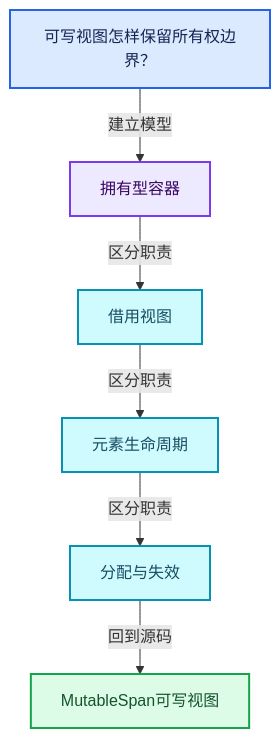
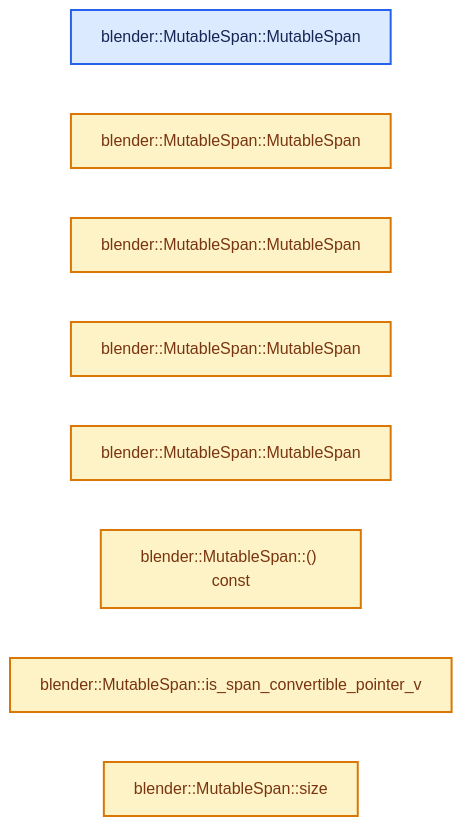
Before and after one commit to yunkezengren/blender-.vscode: the second of 4 diagrams in 杂/markdown/全面学习-codex/01-基础容器与现代CPP/06-MutableSpan可写视图.md, drawn with Mermaid. The commit also changed other lines of this file and 1930 other files, not shown here.

````diff
--- a/杂/markdown/全面学习-codex/01-基础容器与现代CPP/06-MutableSpan可写视图.md
+++ b/杂/markdown/全面学习-codex/01-基础容器与现代CPP/06-MutableSpan可写视图.md
@@ -60,20 +46,17 @@
 ```mermaid
-flowchart TB
-  Q["可写视图怎样保留所有权边界？"]:::input
-  C0["拥有型容器"]:::abstraction
-  C1["借用视图"]:::data
-  C2["元素生命周期"]:::data
-  C3["分配与失效"]:::data
-  R["MutableSpan可写视图"]:::result
-  Q -->|"建立模型"| C0
-  C0 -->|"区分职责"| C1
-  C1 -->|"区分职责"| C2
-  C2 -->|"区分职责"| C3
-  C3 -->|"回到源码"| R
+flowchart LR
+  F0["blender::MutableSpan::MutableSpan"]:::input
+  F1["blender::MutableSpan::MutableSpan"]:::compute
+  F2["blender::MutableSpan::MutableSpan"]:::compute
+  F3["blender::MutableSpan::MutableSpan"]:::compute
+  F4["blender::MutableSpan::MutableSpan"]:::compute
+  F5["blender::MutableSpan::() const"]:::compute
+  F6["blender::MutableSpan::is_span_convertible_pointer_v"]:::compute
+  F7["blender::MutableSpan::size"]:::compute
   classDef input fill:#DBEAFE,stroke:#2563EB,color:#172554,stroke-width:2px;
   classDef data fill:#CFFAFE,stroke:#0891B2,color:#164E63,stroke-width:2px;
   classDef abstraction fill:#EDE9FE,stroke:#7C3AED,color:#3B0764,stroke-width:2px;
   classDef compute fill:#FEF3C7,stroke:#D97706,color:#78350F,stroke-width:2px;
   classDef result fill:#DCFCE7,stroke:#16A34A,color:#14532D,stroke-width:2px;
   classDef error fill:#FEE2E2,stroke:#DC2626,color:#7F1D1D,stroke-width:2px;
 ```
````
